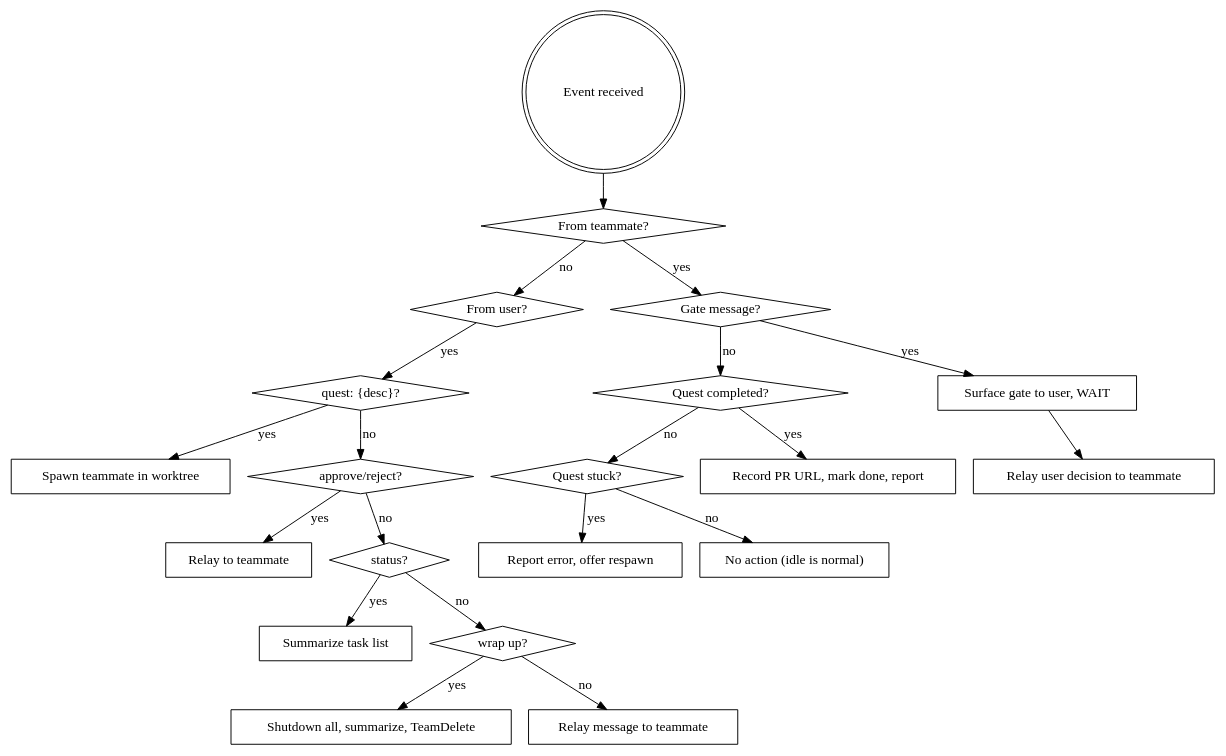
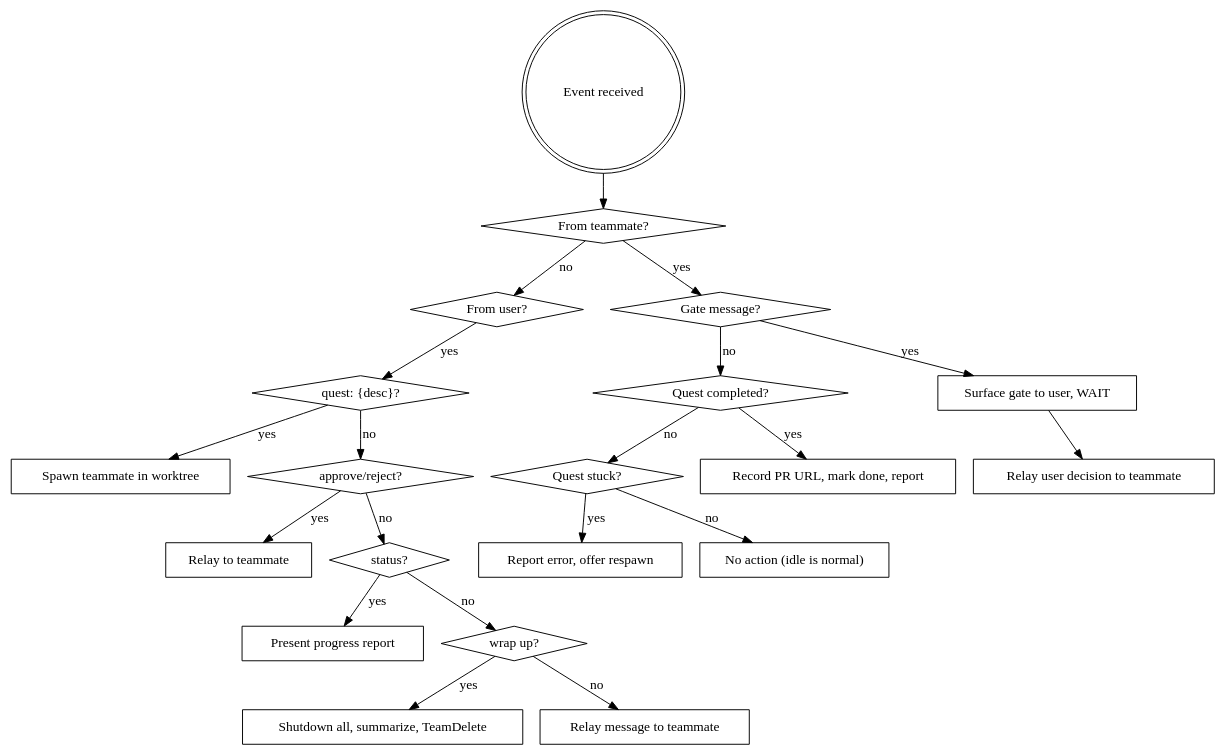
Before and after one commit to justinjdev/fellowship: the diagram in skills/fellowship/SKILL.md, drawn with Graphviz. The commit also changed other lines of this file and 2 other files, not shown here.

First line of the commit message:
Add progress/status feedback mechanism for fellowship quests

````diff
--- a/skills/fellowship/SKILL.md
+++ b/skills/fellowship/SKILL.md
@@ -114,44 +120,44 @@
 ```dot
 digraph gandalf {
     "Event received" [shape=doublecircle];
     "From teammate?" [shape=diamond];
     "From user?" [shape=diamond];
     "Gate message?" [shape=diamond];
     "Quest completed?" [shape=diamond];
     "Quest stuck?" [shape=diamond];
     "Surface gate to user, WAIT" [shape=box];
     "Relay user decision to teammate" [shape=box];
     "Record PR URL, mark done, report" [shape=box];
     "Report error, offer respawn" [shape=box];
     "No action (idle is normal)" [shape=box];
     "quest: {desc}?" [shape=diamond];
     "Spawn teammate in worktree" [shape=box];
     "approve/reject?" [shape=diamond];
     "Relay to teammate" [shape=box];
     "status?" [shape=diamond];
-    "Summarize task list" [shape=box];
+    "Present progress report" [shape=box];
     "wrap up?" [shape=diamond];
     "Shutdown all, summarize, TeamDelete" [shape=box];
     "Relay message to teammate" [shape=box];
 
     "Event received" -> "From teammate?";
     "From teammate?" -> "Gate message?" [label="yes"];
     "From teammate?" -> "From user?" [label="no"];
     "Gate message?" -> "Surface gate to user, WAIT" [label="yes"];
     "Surface gate to user, WAIT" -> "Relay user decision to teammate";
     "Gate message?" -> "Quest completed?" [label="no"];
     "Quest completed?" -> "Record PR URL, mark done, report" [label="yes"];
     "Quest completed?" -> "Quest stuck?" [label="no"];
     "Quest stuck?" -> "Report error, offer respawn" [label="yes"];
     "Quest stuck?" -> "No action (idle is normal)" [label="no"];
     "From user?" -> "quest: {desc}?" [label="yes"];
     "quest: {desc}?" -> "Spawn teammate in worktree" [label="yes"];
     "quest: {desc}?" -> "approve/reject?" [label="no"];
     "approve/reject?" -> "Relay to teammate" [label="yes"];
     "approve/reject?" -> "status?" [label="no"];
-    "status?" -> "Summarize task list" [label="yes"];
+    "status?" -> "Present progress report" [label="yes"];
     "status?" -> "wrap up?" [label="no"];
     "wrap up?" -> "Shutdown all, summarize, TeamDelete" [label="yes"];
     "wrap up?" -> "Relay message to teammate" [label="no"];
 }
 ```
````
